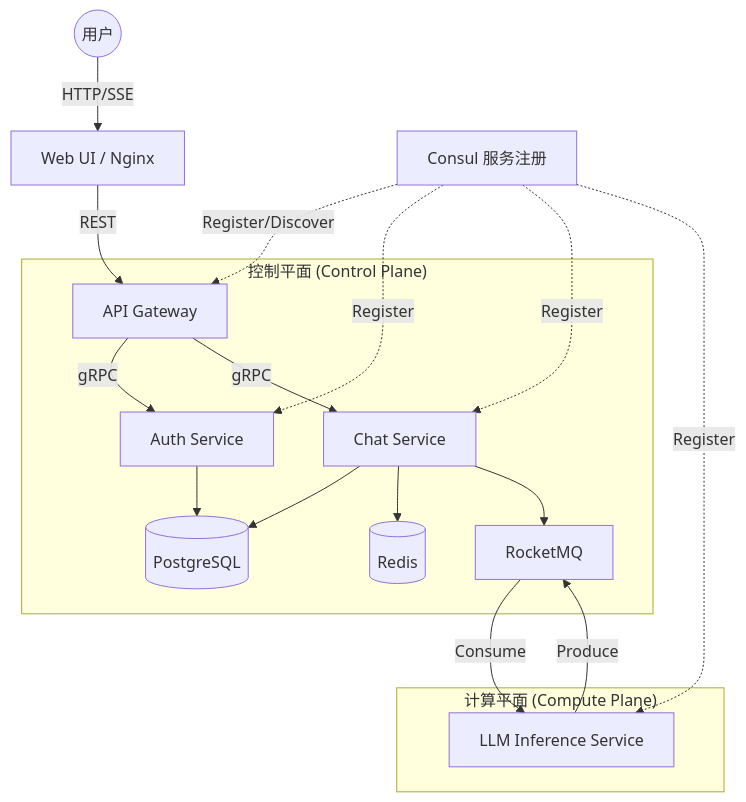
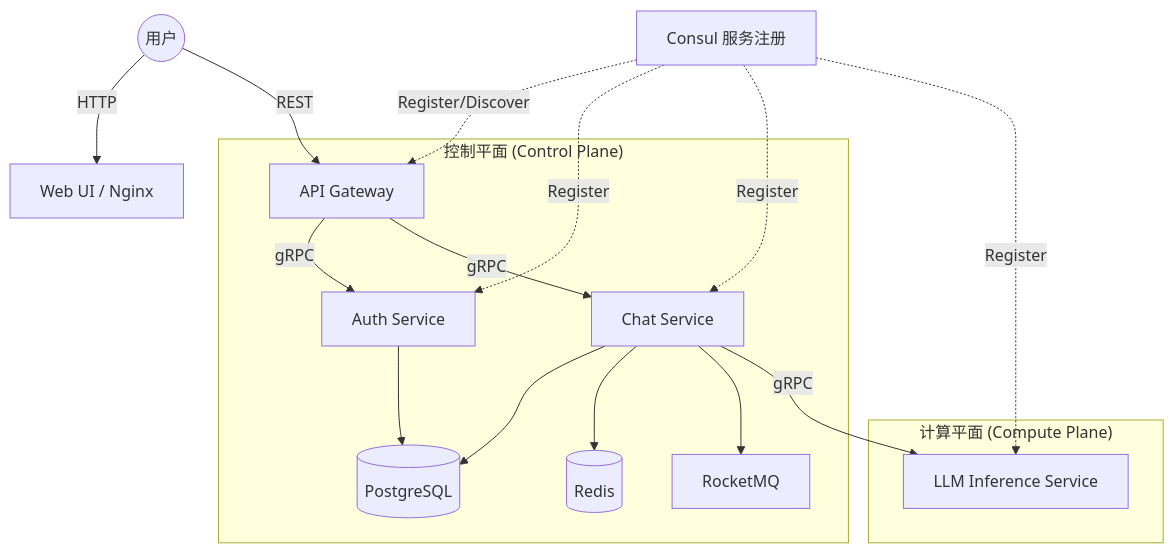
Before and after one commit to Einspanner123/free-chat: the first of 2 diagrams in README_CN.md, drawn with Mermaid. The commit also changed other lines of this file and 1 other file, not shown here.

````diff
--- a/README_CN.md
+++ b/README_CN.md
@@ -12,24 +12,23 @@
 ```mermaid
 graph TD
-    User((用户)) -->|HTTP/SSE| Nginx[Web UI / Nginx]
-    Nginx -->|REST| Gateway[API Gateway]
+    User((用户)) -->|HTTP| WebUI[Web UI / Nginx]
+    User -->|REST| Gateway[API Gateway]
     
     subgraph "控制平面 (Control Plane)"
         Gateway -->|gRPC| Auth[Auth Service]
         Gateway -->|gRPC| Chat[Chat Service]
         Auth --> DB[(PostgreSQL)]
         Chat --> DB
         Chat --> Redis[(Redis)]
         Chat --> MQ[RocketMQ]
     end
     
     subgraph "计算平面 (Compute Plane)"
-        MQ -->|Consume| LLM[LLM Inference Service]
-        LLM -->|Produce| MQ
+        Chat -->|gRPC| LLM[LLM Inference Service]
     end
     
     Consul[Consul 服务注册] -.->|Register/Discover| Gateway
     Consul -.->|Register| Auth
     Consul -.->|Register| Chat
     Consul -.->|Register| LLM
 ```
````
